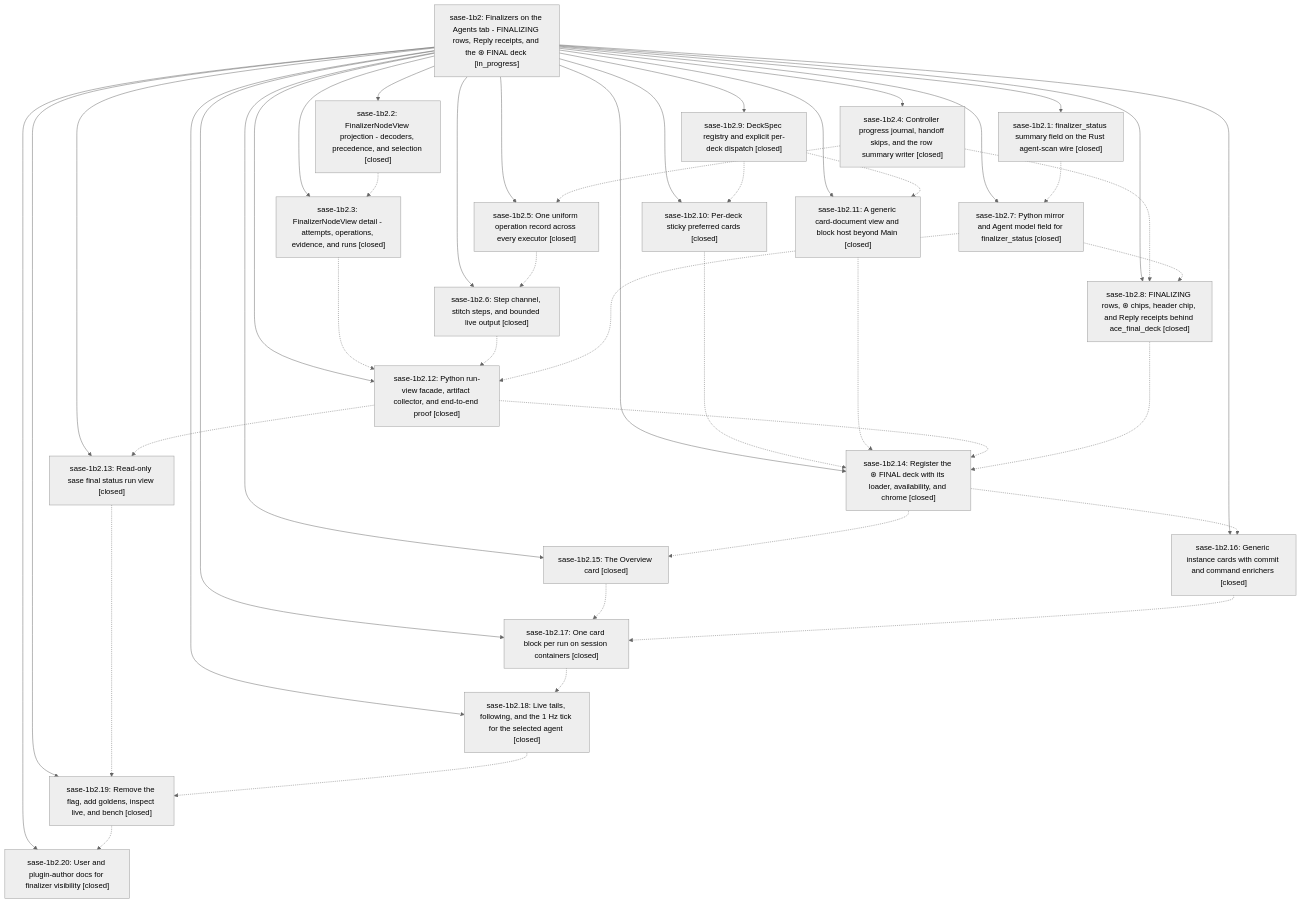
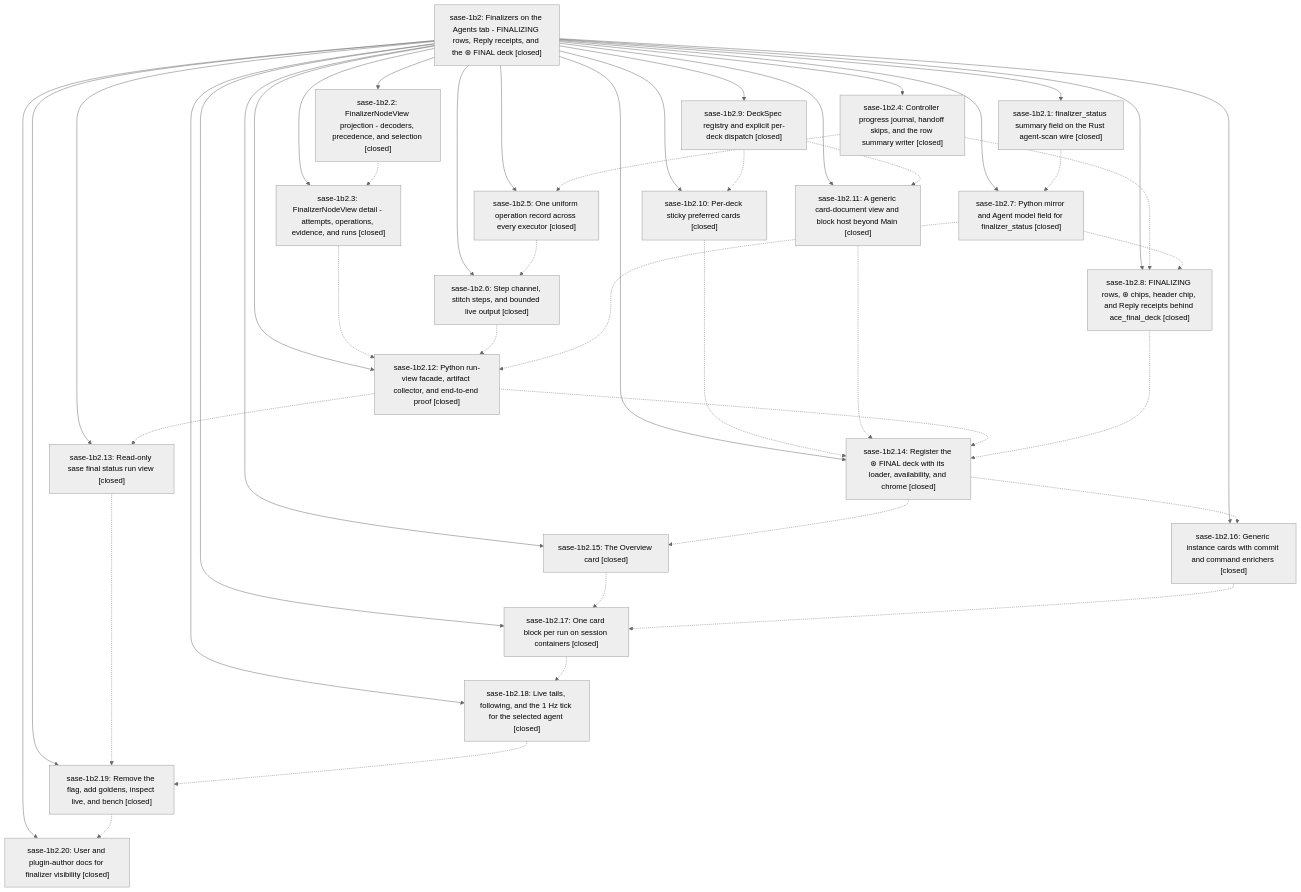
One commit to sase-org/sase--beads changed the diagram in pages/sase-1b2/README.md. Above: the diagram before and after it, drawn with Mermaid (neutral theme). The commit also changed other lines of this file and 1 other file, not shown here.

First line of the commit message:
chore(beads): sync bead state and pages for sase-1b2

````diff
--- a/pages/sase-1b2/README.md
+++ b/pages/sase-1b2/README.md
@@ -92,68 +102,68 @@
 ```mermaid
 flowchart TD
-    n0["sase-1b2: Finalizers on the Agents tab - FINALIZING rows, Reply receipts, and the ⊛ FINAL deck [in_progress]"]
+    n0["sase-1b2: Finalizers on the Agents tab - FINALIZING rows, Reply receipts, and the ⊛ FINAL deck [closed]"]
     n1["sase-1b2.1: finalizer_status summary field on the Rust agent-scan wire [closed]"]
     n2["sase-1b2.10: Per-deck sticky preferred cards [closed]"]
     n3["sase-1b2.11: A generic card-document view and block host beyond Main [closed]"]
     n4["sase-1b2.12: Python run-view facade, artifact collector, and end-to-end proof [closed]"]
     n5["sase-1b2.13: Read-only sase final status run view [closed]"]
     n6["sase-1b2.14: Register the ⊛ FINAL deck with its loader, availability, and chrome [closed]"]
     n7["sase-1b2.15: The Overview card [closed]"]
     n8["sase-1b2.16: Generic instance cards with commit and command enrichers [closed]"]
     n9["sase-1b2.17: One card block per run on session containers [closed]"]
     n10["sase-1b2.18: Live tails, following, and the 1 Hz tick for the selected agent [closed]"]
     n11["sase-1b2.19: Remove the flag, add goldens, inspect live, and bench [closed]"]
     n12["sase-1b2.2: FinalizerNodeView projection - decoders, precedence, and selection [closed]"]
     n13["sase-1b2.20: User and plugin-author docs for finalizer visibility [closed]"]
     n14["sase-1b2.3: FinalizerNodeView detail - attempts, operations, evidence, and runs [closed]"]
     n15["sase-1b2.4: Controller progress journal, handoff skips, and the row summary writer [closed]"]
     n16["sase-1b2.5: One uniform operation record across every executor [closed]"]
     n17["sase-1b2.6: Step channel, stitch steps, and bounded live output [closed]"]
     n18["sase-1b2.7: Python mirror and Agent model field for finalizer_status [closed]"]
     n19["sase-1b2.8: FINALIZING rows, ⊛ chips, header chip, and Reply receipts behind ace_final_deck [closed]"]
     n20["sase-1b2.9: DeckSpec registry and explicit per-deck dispatch [closed]"]
     n0 --> n1
     n0 --> n2
     n0 --> n3
     n0 --> n4
     n0 --> n5
     n0 --> n6
     n0 --> n7
     n0 --> n8
     n0 --> n9
     n0 --> n10
     n0 --> n11
     n0 --> n12
     n0 --> n13
     n0 --> n14
     n0 --> n15
     n0 --> n16
     n0 --> n17
     n0 --> n18
     n0 --> n19
     n0 --> n20
     n1 -.-> n18
     n2 -.-> n6
     n3 -.-> n6
     n4 -.-> n5
     n4 -.-> n6
     n5 -.-> n11
     n6 -.-> n7
     n6 -.-> n8
     n7 -.-> n9
     n8 -.-> n9
     n9 -.-> n10
     n10 -.-> n11
     n11 -.-> n13
     n12 -.-> n14
     n14 -.-> n4
     n15 -.-> n16
     n15 -.-> n19
     n16 -.-> n17
     n17 -.-> n4
     n18 -.-> n4
     n18 -.-> n19
     n19 -.-> n6
     n20 -.-> n2
     n20 -.-> n3
 ```
````
